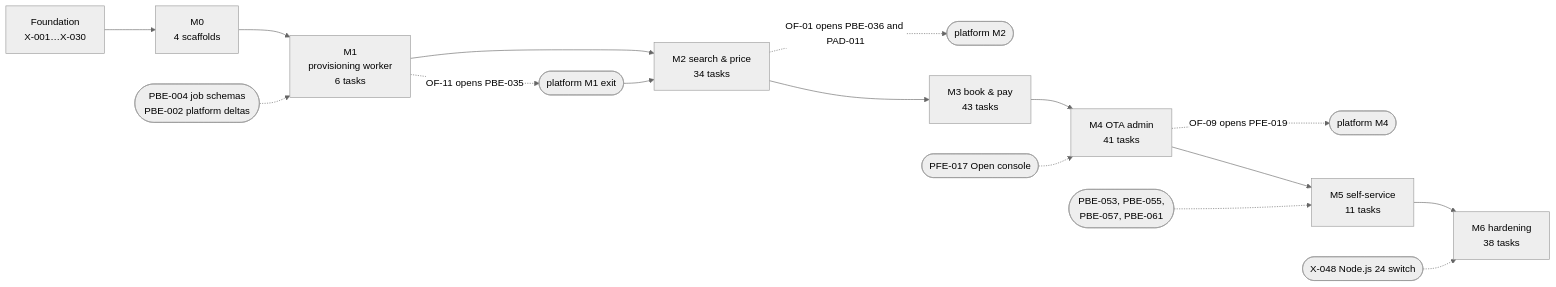
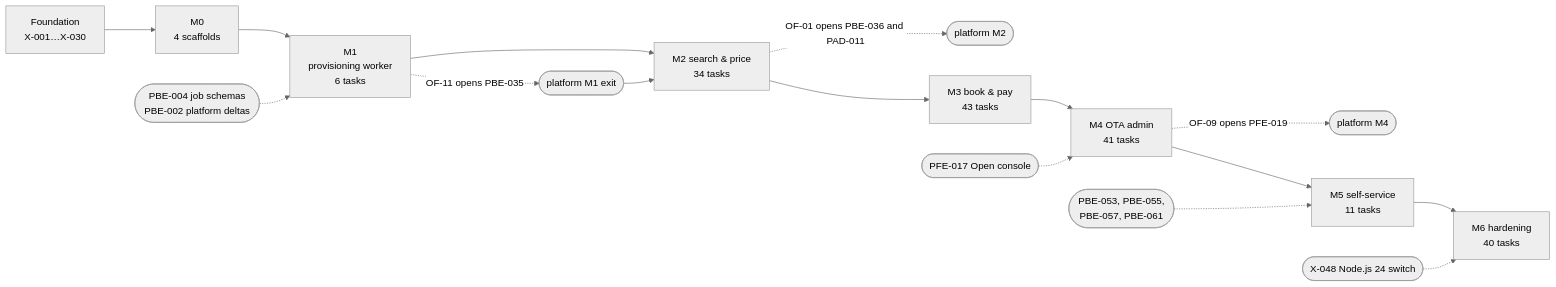
The diagram in ota/docs/plans/implementation-plan.md (bhagwati-prasad/velexis-ota), drawn with Mermaid (neutral theme) before and after one commit. The commit also changed other lines of this file and 8 other files, not shown here.

````diff
--- a/ota/docs/plans/implementation-plan.md
+++ b/ota/docs/plans/implementation-plan.md
@@ -62,18 +62,18 @@
 ```mermaid
 flowchart LR
   F["Foundation<br/>X-001…X-030"] --> M0["M0<br/>4 scaffolds"]
   M0 --> M1["M1<br/>provisioning worker<br/>6 tasks"]
   P4(["PBE-004 job schemas<br/>PBE-002 platform deltas"]) -.-> M1
   M1 -. OF-11 opens PBE-035 .-> PM1(["platform M1 exit"])
   M1 --> M2["M2 search & price<br/>34 tasks"]
   PM1 --> M2
   M2 -. OF-01 opens PBE-036 and PAD-011 .-> PM2(["platform M2"])
   M2 --> M3["M3 book & pay<br/>43 tasks"]
   M3 --> M4["M4 OTA admin<br/>41 tasks"]
   PF17(["PFE-017 Open console"]) -.-> M4
   M4 -. OF-09 opens PFE-019 .-> PM4(["platform M4"])
   M4 --> M5["M5 self-service<br/>11 tasks"]
   PM5(["PBE-053, PBE-055,<br/>PBE-057, PBE-061"]) -.-> M5
-  M5 --> M6["M6 hardening<br/>38 tasks"]
+  M5 --> M6["M6 hardening<br/>40 tasks"]
   X48(["X-048 Node.js 24 switch"]) -.-> M6
 ```
````
